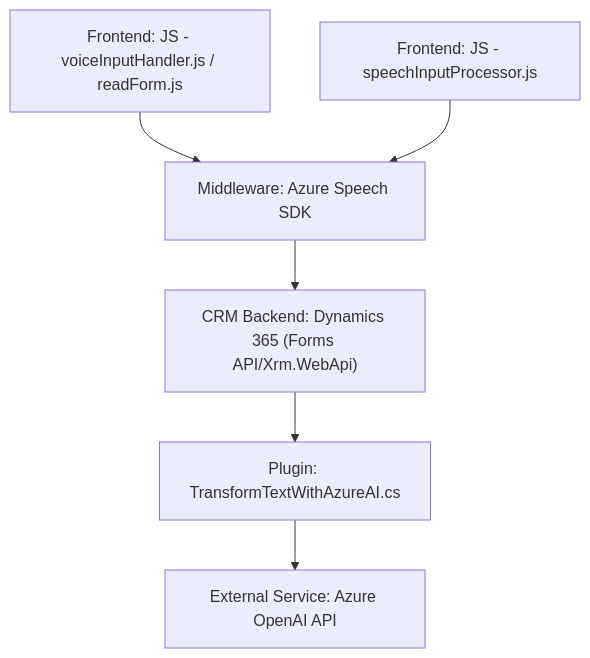
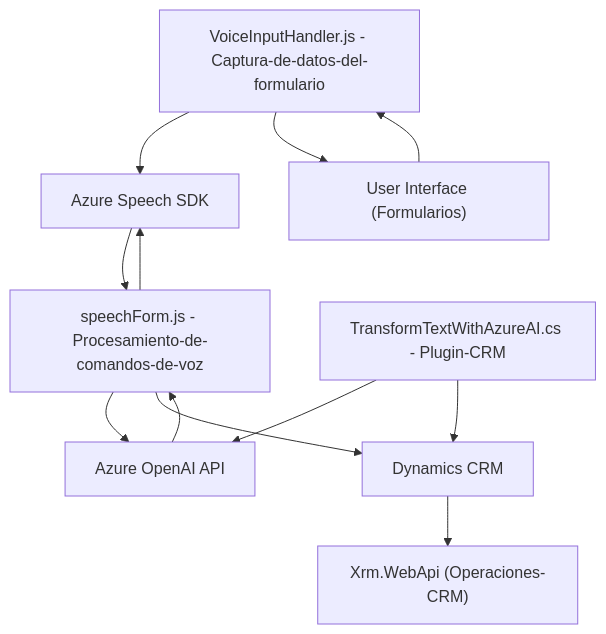
One commit to blopezdm/NETCORE_BILBAO2025 changed the diagram in README.md. Above: the diagram before and after it, drawn with Mermaid. The commit also changed other lines of this file, not shown here.

`````diff
--- a/README.md
+++ b/README.md
@@ -43,8 +41,23 @@
-````mermaid
+```mermaid
 graph TD
-    A["Frontend: JS - voiceInputHandler.js / readForm.js"] --> B["Middleware: Azure Speech SDK"]
-    C["Frontend: JS - speechInputProcessor.js"] --> B
-    B --> D["CRM Backend: Dynamics 365 (Forms API/Xrm.WebApi)"]
-    D --> E["Plugin: TransformTextWithAzureAI.cs"]
-    E --> F["External Service: Azure OpenAI API"]
-````
+    A["VoiceInputHandler.js - Captura-de-datos-del-formulario"]
+    B["speechForm.js - Procesamiento-de-comandos-de-voz"]
+    C["TransformTextWithAzureAI.cs - Plugin-CRM"]
+    D["Azure Speech SDK"]
+    E["Azure OpenAI API"]
+    F["User Interface (Formularios)"]
+    G["Dynamics CRM"]
+    H["Xrm.WebApi (Operaciones-CRM)"]
+
+    F --> A
+    A --> D
+    B --> D
+    B --> E
+    A --> F
+    D --> B
+    E --> B
+    C --> E
+    C --> G
+    B --> G
+    G --> H
+```
`````
